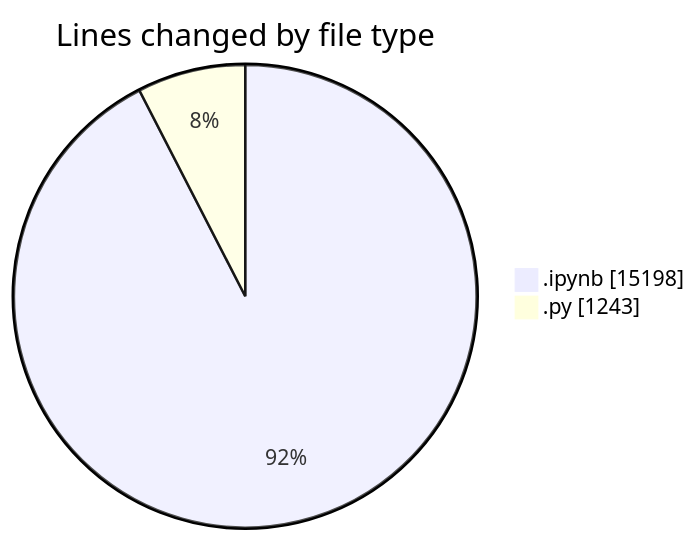
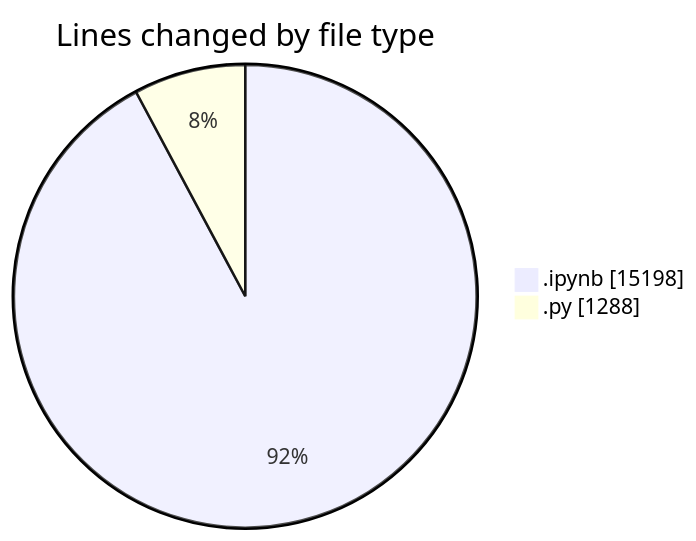
Before and after one commit to MatusMokan/code-tracking: the first of 2 diagrams in 2025-04-10/myws__workspace_/README.md, drawn with Mermaid. The commit also changed other lines of this file and 1 other file, not shown here.

````diff
--- a/2025-04-10/myws__workspace_/README.md
+++ b/2025-04-10/myws__workspace_/README.md
@@ -21,6 +21,6 @@
 ```mermaid
 pie showData
 title Lines changed by file type
 ".ipynb" : 15198
-".py" : 1243
+".py" : 1288
 ```
````
